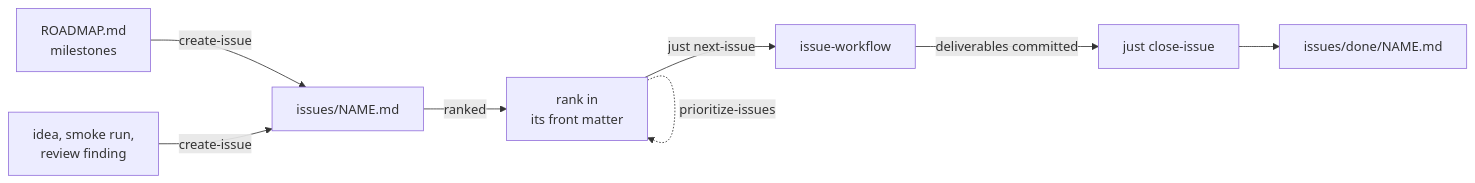
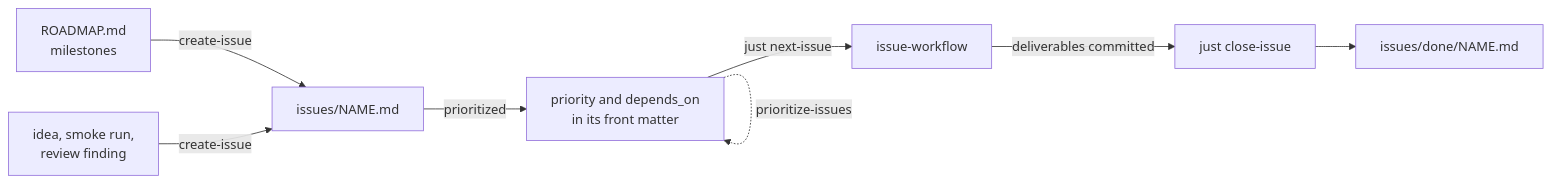
The first of 3 diagrams in docs/workflow.md (Electron-libre/cardinal), drawn with Mermaid before and after one commit. The commit also changed other lines of this file and 17 other files, not shown here.

````diff
--- a/docs/workflow.md
+++ b/docs/workflow.md
@@ -8,10 +8,10 @@
 ```mermaid
 flowchart LR
   roadmap["ROADMAP.md<br/>milestones"] -->|create-issue| file["issues/NAME.md"]
   idea["idea, smoke run,<br/>review finding"] -->|create-issue| file
-  file -->|ranked| queue["rank in<br/>its front matter"]
+  file -->|prioritized| queue["priority and depends_on<br/>in its front matter"]
   queue -.->|prioritize-issues| queue
   queue -->|just next-issue| work["issue-workflow"]
   work -->|deliverables committed| close["just close-issue"]
   close --> done["issues/done/NAME.md"]
 ```
````
